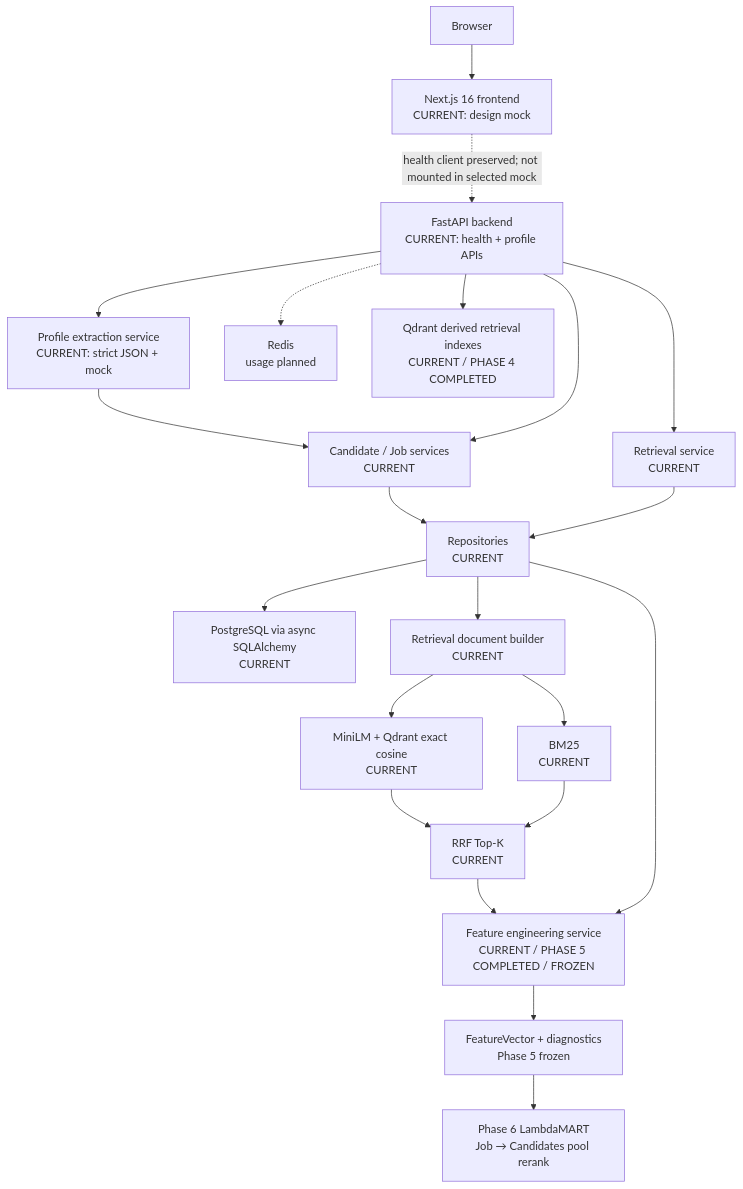
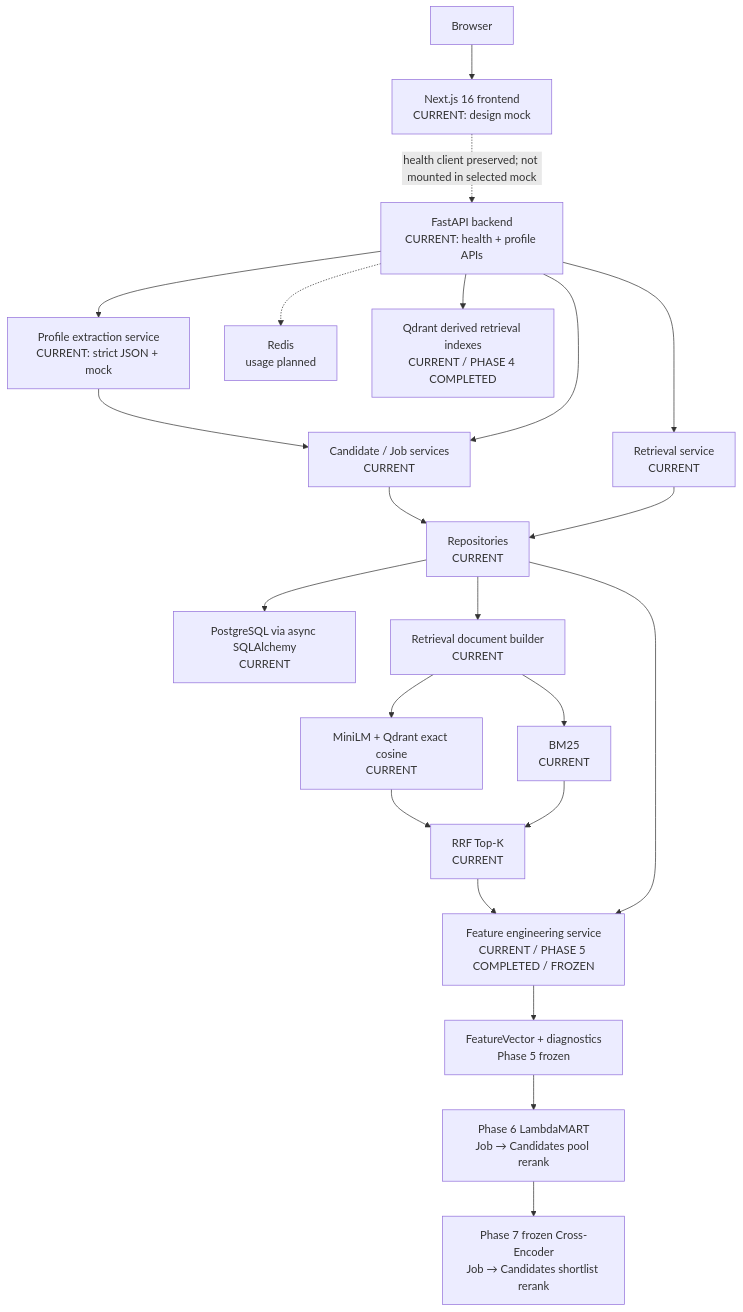
Before and after one commit to rM0on/peoplematch-agent: the first of 2 diagrams in docs/architecture.md, drawn with Mermaid. The commit also changed other lines of this file and 36 other files, not shown here.

Commit message:
feat: add auditable cross-encoder reranking experiment

````diff
--- a/docs/architecture.md
+++ b/docs/architecture.md
@@ -26,23 +26,24 @@
 ```mermaid
 flowchart TD
     Browser["Browser"] --> Next["Next.js 16 frontend\nCURRENT: design mock"]
     Next -. "health client preserved; not mounted in selected mock" .-> FastAPI["FastAPI backend\nCURRENT: health + profile APIs"]
     FastAPI --> Extraction["Profile extraction service\nCURRENT: strict JSON + mock"]
     Extraction --> Service["Candidate / Job services\nCURRENT"]
     FastAPI --> Service
     Service --> Repository["Repositories\nCURRENT"]
     Repository --> PG["PostgreSQL via async SQLAlchemy\nCURRENT"]
     FastAPI --> RetrievalService["Retrieval service\nCURRENT"]
     RetrievalService --> Repository
     Repository --> Retrieval["Retrieval document builder\nCURRENT"]
     Retrieval --> Dense["MiniLM + Qdrant exact cosine\nCURRENT"]
     Retrieval --> Sparse["BM25\nCURRENT"]
     Dense --> Fusion["RRF Top-K\nCURRENT"]
     Sparse --> Fusion
 Fusion --> FeatureService["Feature engineering service\nCURRENT / PHASE 5 COMPLETED / FROZEN"]
     Repository --> FeatureService
     FeatureService --> FeatureContract["FeatureVector + diagnostics\nPhase 5 frozen"]
     FeatureContract --> Ranker["Phase 6 LambdaMART\nJob → Candidates pool rerank"]
+    Ranker --> CrossEncoder["Phase 7 frozen Cross-Encoder\nJob → Candidates shortlist rerank"]
     FastAPI -.-> Redis["Redis\nusage planned"]
     FastAPI --> Qdrant["Qdrant derived retrieval indexes\nCURRENT / PHASE 4 COMPLETED"]
 ```
````
